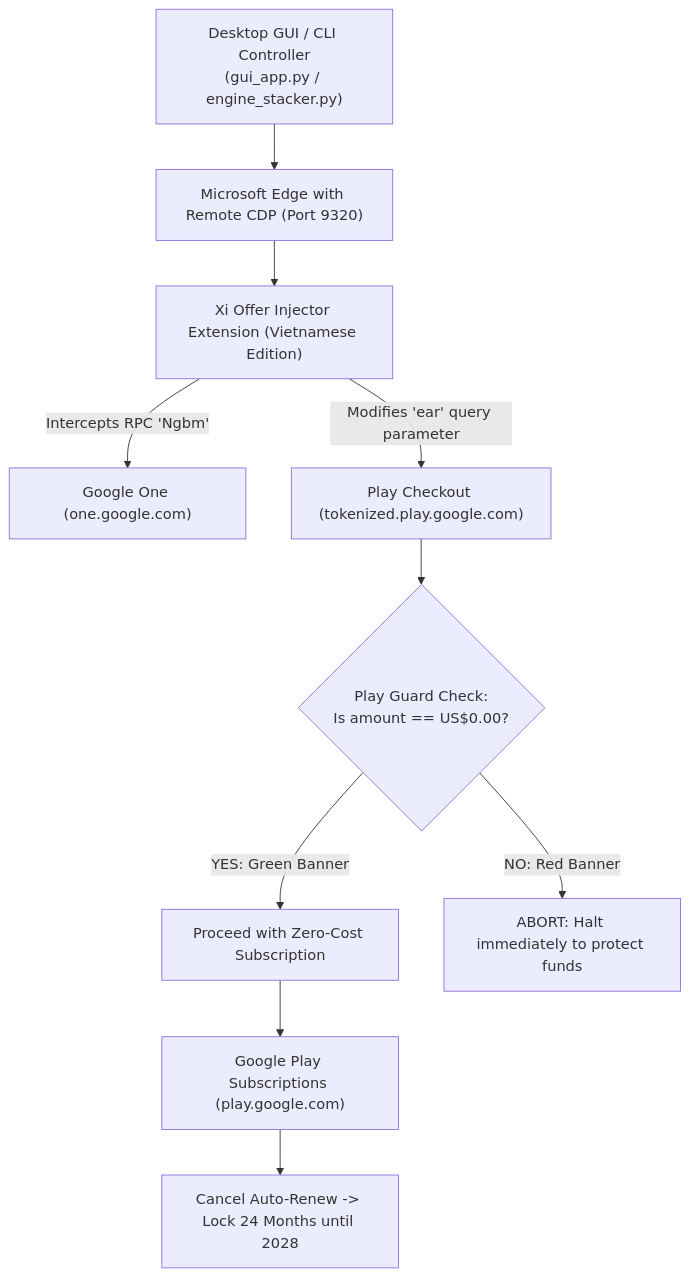
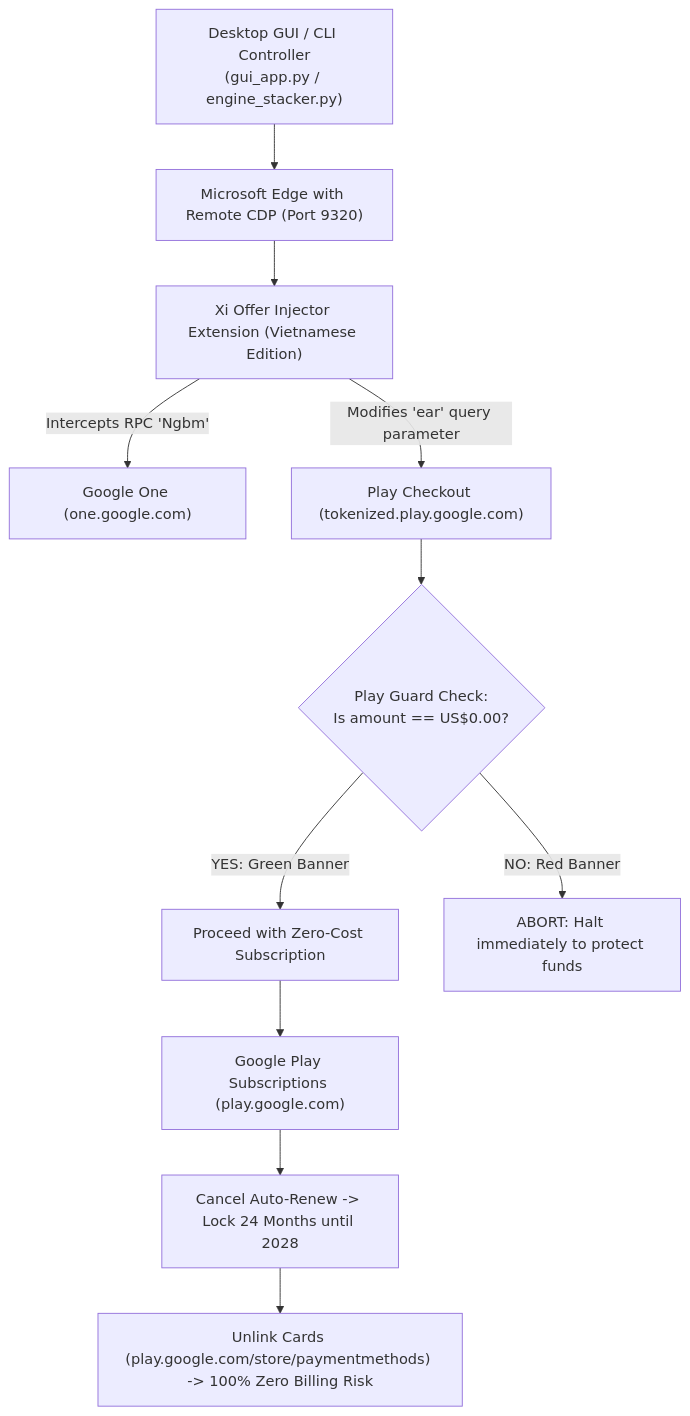
One commit to tumo07/Google-AI-Pro-24M-ZeroCost-Auto changed the diagram in README.md. Above: the diagram before and after it, drawn with Mermaid. The commit also changed other lines of this file and 6 other files, not shown here.

````diff
--- a/README.md
+++ b/README.md
@@ -29,12 +30,13 @@
 ```mermaid
 flowchart TD
     A["Desktop GUI / CLI Controller<br/>(gui_app.py / engine_stacker.py)"] --> B["Microsoft Edge with Remote CDP (Port 9320)"]
     B --> C["Xi Offer Injector Extension (Vietnamese Edition)"]
     C -->|Intercepts RPC 'Ngbm'| D["Google One (one.google.com)"]
     C -->|Modifies 'ear' query parameter| E["Play Checkout (tokenized.play.google.com)"]
     E --> F{"Play Guard Check:<br/>Is amount == US$0.00?"}
     F -->|YES: Green Banner| G["Proceed with Zero-Cost Subscription"]
     F -->|NO: Red Banner| H["ABORT: Halt immediately to protect funds"]
     G --> I["Google Play Subscriptions (play.google.com)"]
     I --> J["Cancel Auto-Renew -> Lock 24 Months until 2028"]
+    J --> K["Unlink Cards (play.google.com/store/paymentmethods) -> 100% Zero Billing Risk"]
 ```
````
